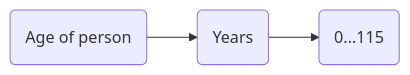
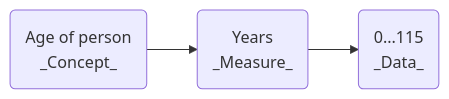
One commit to spuddybike/understanding-metadata changed the fifth of 14 diagrams in docs/introduction/1.1 Research data.md. Above: the diagram before and after it, drawn with Mermaid. The commit also changed other lines of this file, not shown here.

Commit message:
Update 1.1 Research data.md

````diff
--- a/docs/introduction/1.1 Research data.md
+++ b/docs/introduction/1.1 Research data.md
@@ -229,7 +242,7 @@
 ``` mermaid
 
 flowchart LR
-    aop(Age of person) --> Ye(Years)
-    Ye --> yd(0...115)
+    aop(Age of person <br> _Concept_) --> Ye(Years <br> _Measure_)
+    Ye --> yd(0...115 <br> _Data_)
 
 ```
````
